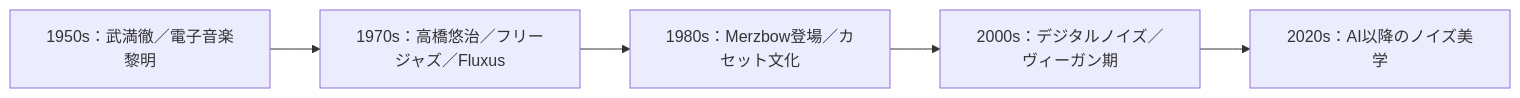
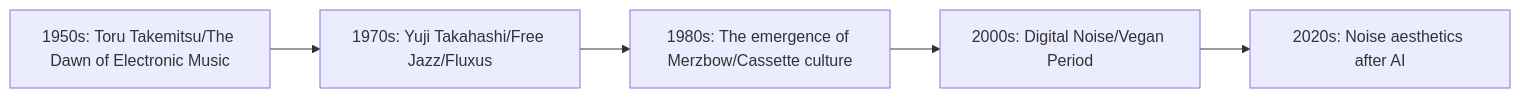
The third of 4 diagrams in en/_posts/2025-10-26-column-merzbow.md (monumental-movement/monumental-movement.github.io), drawn with Mermaid before and after one commit. The commit also changed other lines of this file and 152 other files, not shown here.

```diff
--- a/en/_posts/2025-10-26-column-merzbow.md
+++ b/en/_posts/2025-10-26-column-merzbow.md
@@ -153,13 +153,13 @@
 <div class="mermaid">
 
 flowchart LR
 
-    T1["1950s：武満徹／電子音楽黎明"]
-    T2["1970s：高橋悠治／フリージャズ／Fluxus"]
-    T3["1980s：Merzbow登場／カセット文化"]
-    T4["2000s：デジタルノイズ／ヴィーガン期"]
-    T5["2020s：AI以降のノイズ美学"]
+    T1["1950s: Toru Takemitsu/The Dawn of Electronic Music"]
+    T2["1970s: Yuji Takahashi/Free Jazz/Fluxus"]
+    T3["1980s: The emergence of Merzbow/Cassette culture"]
+    T4["2000s: Digital Noise/Vegan Period"]
+    T5["2020s: Noise aesthetics after AI"]
 
     T1 --> T2 --> T3 --> T4 --> T5
 
 </div>
```
